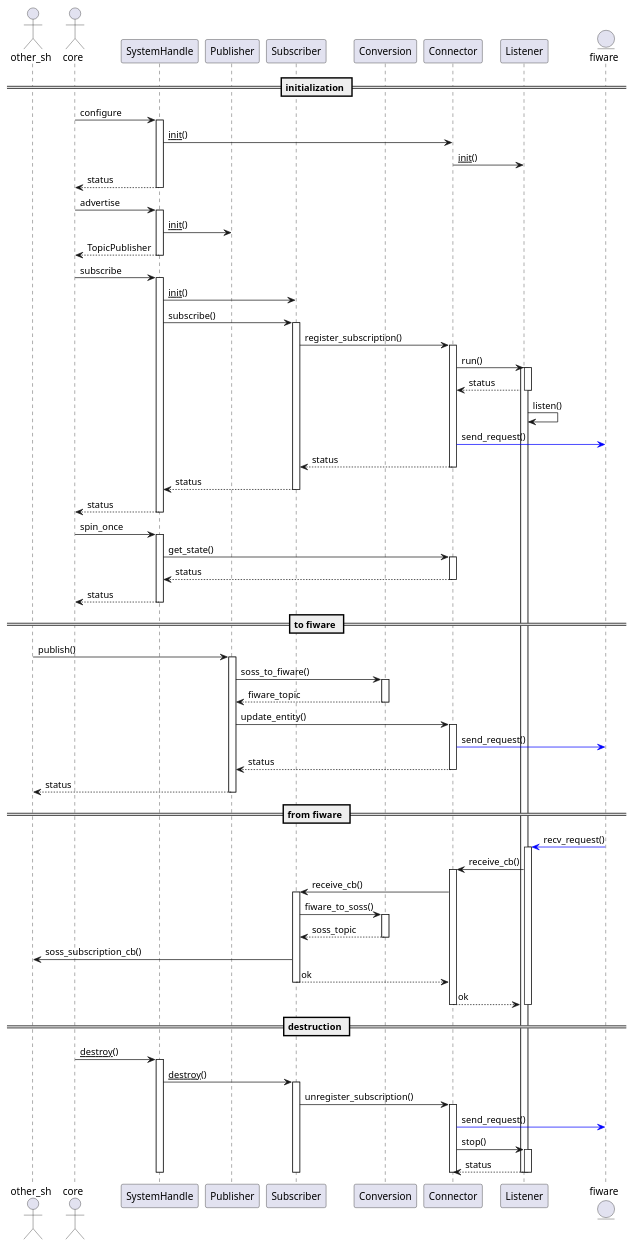
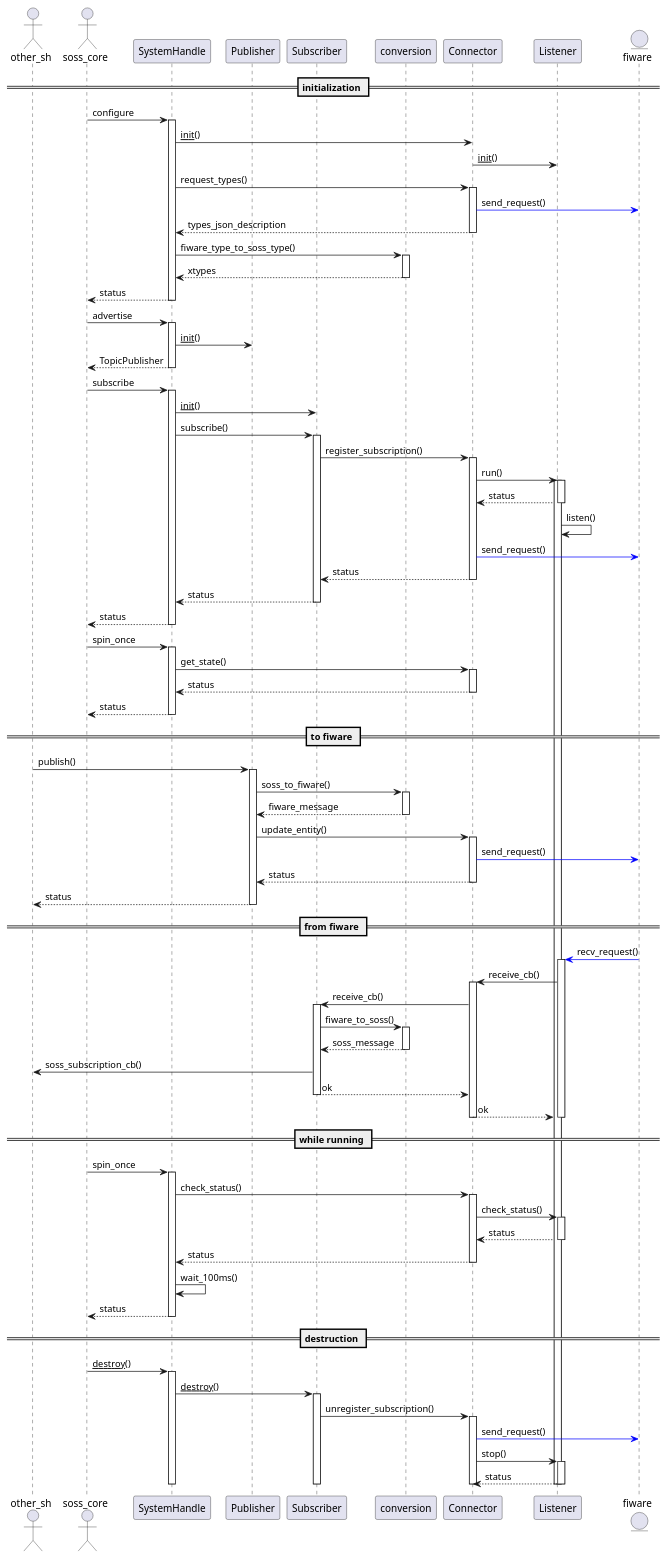
The diagram in doc/diagrams-design/sequence.puml (eProsima/FIWARE-SH), drawn with PlantUML before and after one commit. The commit also changed 3 other files, not shown here.

```diff
--- a/doc/diagrams-design/sequence.puml
+++ b/doc/diagrams-design/sequence.puml
@@ -1,106 +1,130 @@
 @startuml
 actor other_sh
-actor core
+actor soss_core
 participant SystemHandle
 participant Publisher
 participant Subscriber
-participant Conversion
+participant conversion
 participant Connector
 participant Listener
 entity fiware
 
 == initialization ==
-core -> SystemHandle: configure
+soss_core -> SystemHandle: configure
 activate SystemHandle
 SystemHandle -> Connector: __init__()
 Connector -> Listener: __init__()
-core <-- SystemHandle: status
+SystemHandle -> Connector: request_types()
+activate Connector
+Connector -[#0000FF]> fiware: send_request()
+SystemHandle <-- Connector: types_json_description
+deactivate Connector
+SystemHandle -> conversion: fiware_type_to_soss_type()
+activate conversion
+SystemHandle <-- conversion: xtypes
+deactivate conversion
+soss_core <-- SystemHandle: status
 deactivate SystemHandle
 
-core -> SystemHandle: advertise
+soss_core -> SystemHandle: advertise
 activate SystemHandle
 SystemHandle -> Publisher: __init__()
-core <-- SystemHandle: TopicPublisher
+soss_core <-- SystemHandle: TopicPublisher
 deactivate SystemHandle
 
-core -> SystemHandle: subscribe
+soss_core -> SystemHandle: subscribe
 activate SystemHandle
 SystemHandle -> Subscriber: __init__()
 SystemHandle -> Subscriber: subscribe()
 activate Subscriber
 Subscriber -> Connector: register_subscription()
 activate Connector
 Connector -> Listener: run()
 activate Listener
 activate Listener
 Connector <-- Listener: status
 deactivate Listener
 Listener -> Listener: listen()
 Connector -[#0000FF]> fiware: send_request()
 Subscriber <-- Connector: status
 deactivate Connector
 SystemHandle <-- Subscriber: status
 deactivate Subscriber
-core <-- SystemHandle: status
+soss_core <-- SystemHandle: status
 deactivate SystemHandle
 
-core -> SystemHandle: spin_once
+soss_core -> SystemHandle: spin_once
 activate SystemHandle
 SystemHandle -> Connector: get_state()
 activate Connector
 SystemHandle <-- Connector: status
 deactivate Connector
-core <-- SystemHandle: status
+soss_core <-- SystemHandle: status
 deactivate SystemHandle
 
 == to fiware ==
 other_sh -> Publisher: publish()
 activate Publisher
-Publisher -> Conversion: soss_to_fiware()
-activate Conversion
-Publisher <-- Conversion: fiware_topic
-deactivate Conversion
+Publisher -> conversion: soss_to_fiware()
+activate conversion
+Publisher <-- conversion: fiware_message
+deactivate conversion
 Publisher -> Connector: update_entity()
 activate Connector
 Connector -[#0000FF]> fiware: send_request()
 Publisher <-- Connector: status
 deactivate Connector
 other_sh <-- Publisher: status
 deactivate Publisher
 
 == from fiware ==
 fiware -[#0000FF]> Listener: recv_request()
 activate Listener
 Listener -> Connector: receive_cb()
 activate Connector
 Connector -> Subscriber: receive_cb()
 activate Subscriber
-Subscriber -> Conversion: fiware_to_soss()
-activate Conversion
-Subscriber <-- Conversion: soss_topic
-deactivate Conversion
+Subscriber -> conversion: fiware_to_soss()
+activate conversion
+Subscriber <-- conversion: soss_message
+deactivate conversion
 Subscriber -> other_sh: soss_subscription_cb()
 Connector <-- Subscriber: ok
 deactivate Subscriber
 Listener <-- Connector: ok
 deactivate Connector
 deactivate Listener
 
+== while running ==
+soss_core -> SystemHandle: spin_once
+activate SystemHandle
+SystemHandle -> Connector: check_status()
+activate Connector
+Connector -> Listener: check_status()
+activate Listener
+Connector <-- Listener: status
+deactivate Listener
+SystemHandle <-- Connector: status
+deactivate Connector
+SystemHandle -> SystemHandle: wait_100ms()
+soss_core <-- SystemHandle: status
+deactivate SystemHandle
+
 == destruction ==
-core -> SystemHandle: __destroy__()
+soss_core -> SystemHandle: __destroy__()
 activate SystemHandle
 SystemHandle -> Subscriber: __destroy__()
 activate Subscriber
 Subscriber -> Connector: unregister_subscription()
 activate Connector
 Connector -[#0000FF]> fiware: send_request()
 Connector -> Listener: stop()
 activate Listener
 Connector <-- Listener: status
 deactivate Listener
 deactivate Listener
 deactivate Connector
 deactivate Subscriber
 deactivate SystemHandle
 
 @enduml
```
